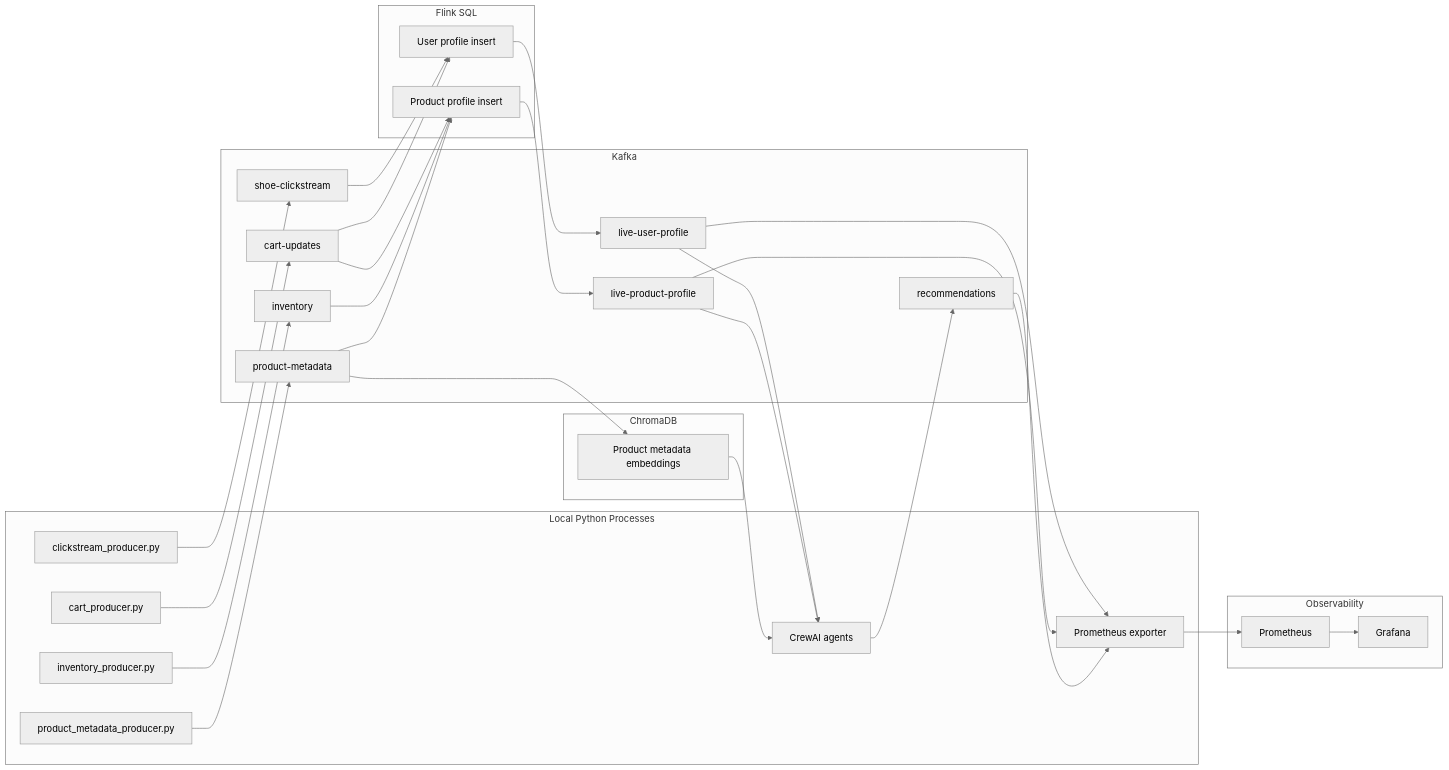
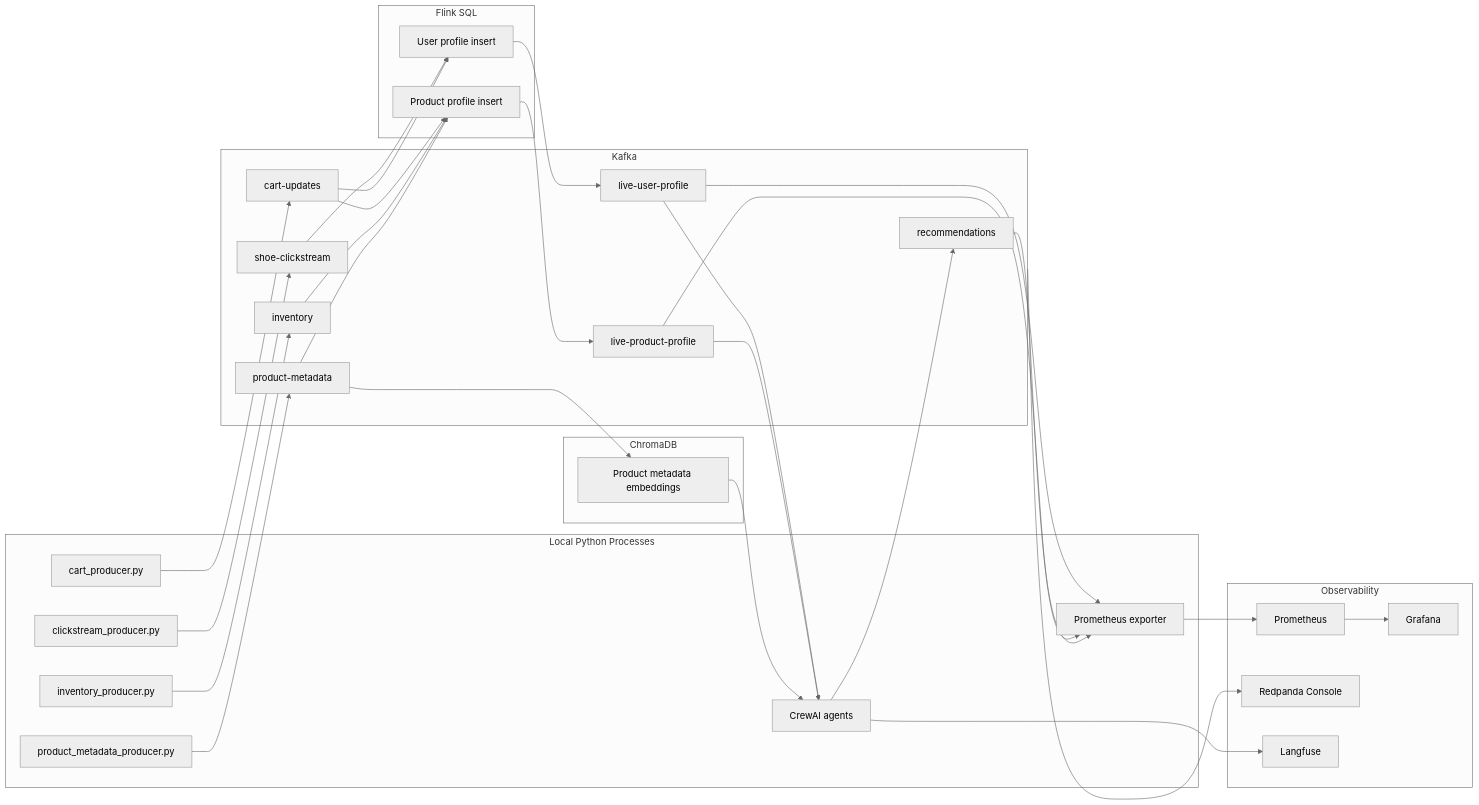
One commit to AdvaitDarbare/realtime-personalization-engine changed the diagram in docs/architecture.md. Above: the diagram before and after it, drawn with Mermaid (neutral theme). The commit also changed other lines of this file and 15 other files, not shown here.

````diff
--- a/docs/architecture.md
+++ b/docs/architecture.md
@@ -9,57 +9,61 @@
 ```mermaid
 flowchart LR
     subgraph LocalPython["Local Python Processes"]
         CP["clickstream_producer.py"]
         CART["cart_producer.py"]
         INV["inventory_producer.py"]
         META["product_metadata_producer.py"]
         AG["CrewAI agents"]
         EXP["Prometheus exporter"]
     end
 
     subgraph Kafka["Kafka"]
         T1["shoe-clickstream"]
         T2["cart-updates"]
         T3["inventory"]
         T4["product-metadata"]
         T5["live-user-profile"]
         T6["live-product-profile"]
         T7["recommendations"]
     end
 
     subgraph Flink["Flink SQL"]
         UJ["User profile insert"]
         PJ["Product profile insert"]
     end
 
     subgraph Vector["ChromaDB"]
         IDX["Product metadata embeddings"]
     end
 
     subgraph Obs["Observability"]
         P["Prometheus"]
         G["Grafana"]
+        RC["Redpanda Console"]
+        LF["Langfuse"]
     end
 
     CP --> T1
     CART --> T2
     INV --> T3
     META --> T4
     T1 --> UJ
     T2 --> UJ
     T2 --> PJ
     T3 --> PJ
     T4 --> PJ
     UJ --> T5
     PJ --> T6
     T4 --> IDX
     T5 --> AG
     T6 --> AG
     IDX --> AG
     AG --> T7
     T5 --> EXP
     T6 --> EXP
     T7 --> EXP
     EXP --> P
     P --> G
+    Kafka --> RC
+    AG --> LF
 ```
````
